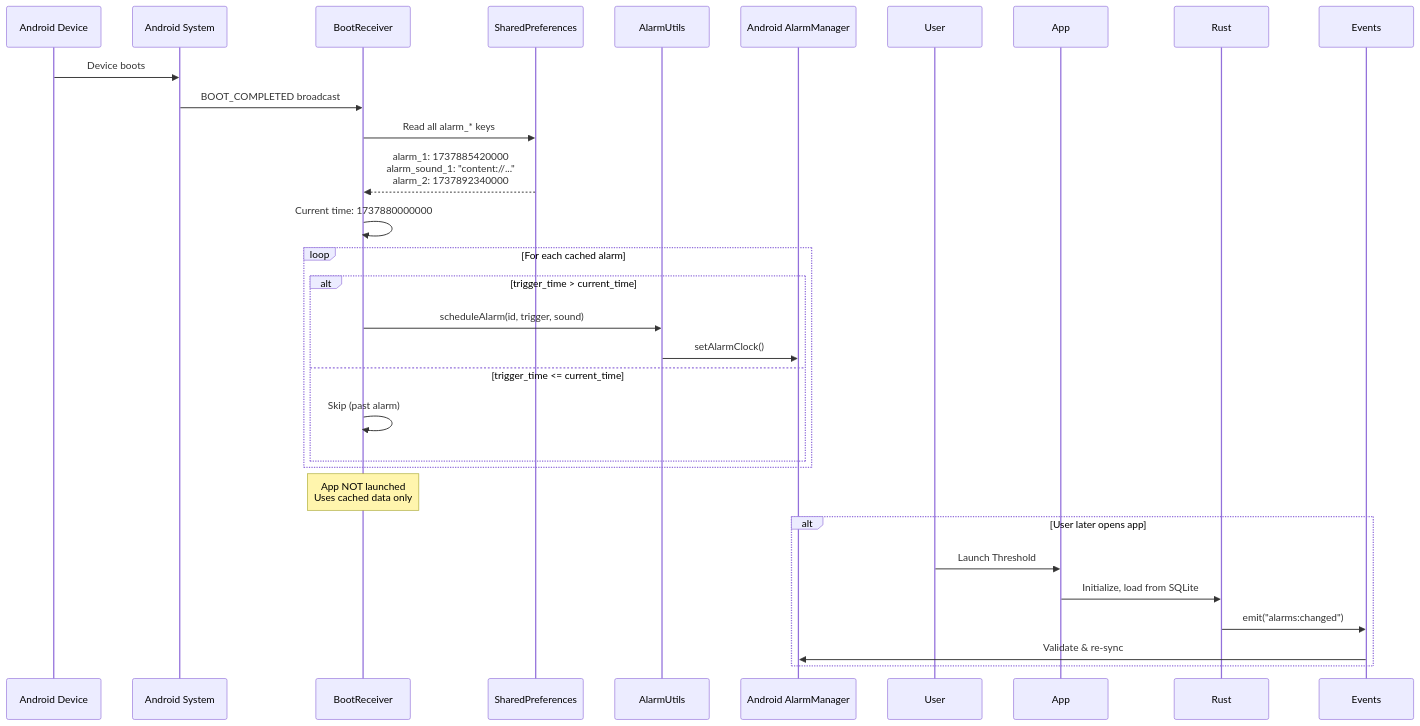
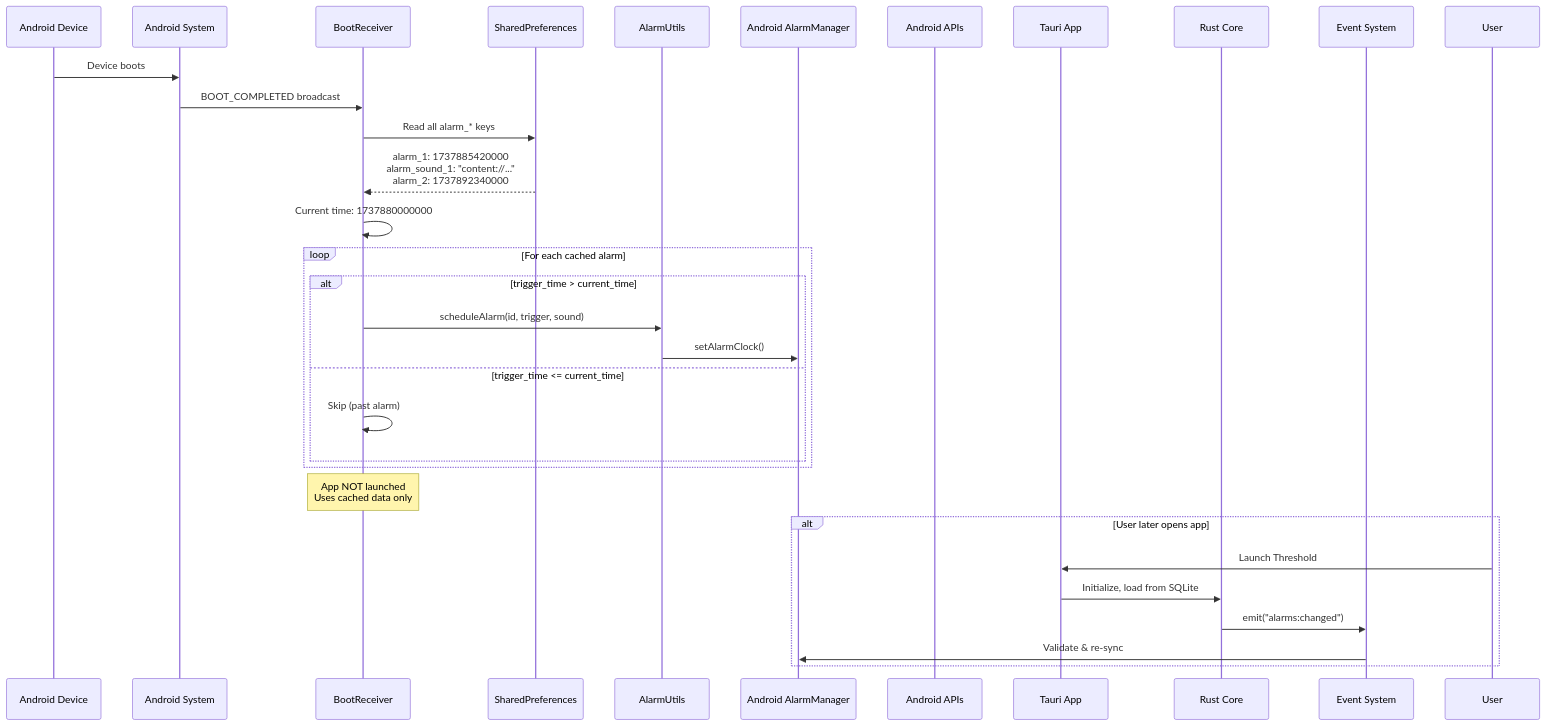
Before and after one commit to liminal-hq/threshold: diagram 17 of 32 in docs/architecture/flow-diagrams.md, drawn with Mermaid. The commit also changed other lines of this file, not shown here.

First line of the commit message:
fix: stabilise Mermaid sequence diagrams

````diff
--- a/docs/architecture/flow-diagrams.md
+++ b/docs/architecture/flow-diagrams.md
@@ -590,35 +600,40 @@
 ```mermaid
 sequenceDiagram
     participant Device as Android Device
     participant System as Android System
     participant BootReceiver as BootReceiver
     participant SharedPrefs as SharedPreferences
     participant AlarmUtils as AlarmUtils
     participant AlarmMgr as Android AlarmManager
+    participant Android as Android APIs
+    participant App as Tauri App
+    participant Rust as Rust Core
+    participant Events as Event System
+    participant User
 
     Device->>System: Device boots
     System->>BootReceiver: BOOT_COMPLETED broadcast
     
     BootReceiver->>SharedPrefs: Read all alarm_* keys
     SharedPrefs-->>BootReceiver: alarm_1: 1737885420000<br/>alarm_sound_1: "content://..."<br/>alarm_2: 1737892340000
     
     BootReceiver->>BootReceiver: Current time: 1737880000000
     
     loop For each cached alarm
         alt trigger_time > current_time
             BootReceiver->>AlarmUtils: scheduleAlarm(id, trigger, sound)
             AlarmUtils->>AlarmMgr: setAlarmClock()
         else trigger_time <= current_time
             BootReceiver->>BootReceiver: Skip (past alarm)
         end
     end
     
     Note over BootReceiver: App NOT launched<br/>Uses cached data only
     
     alt User later opens app
-        User->>App: Launch Threshold
+    User->>App: Launch Threshold
         App->>Rust: Initialize, load from SQLite
         Rust->>Events: emit("alarms:changed")
         Events->>AlarmMgr: Validate & re-sync
     end
 ```
````
